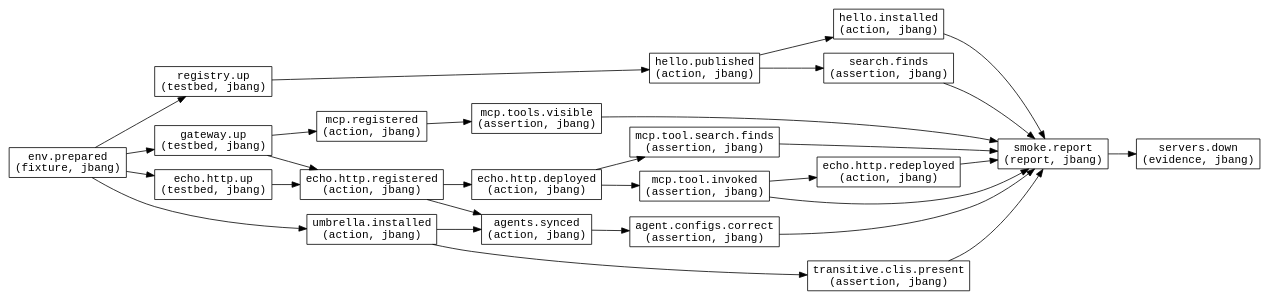
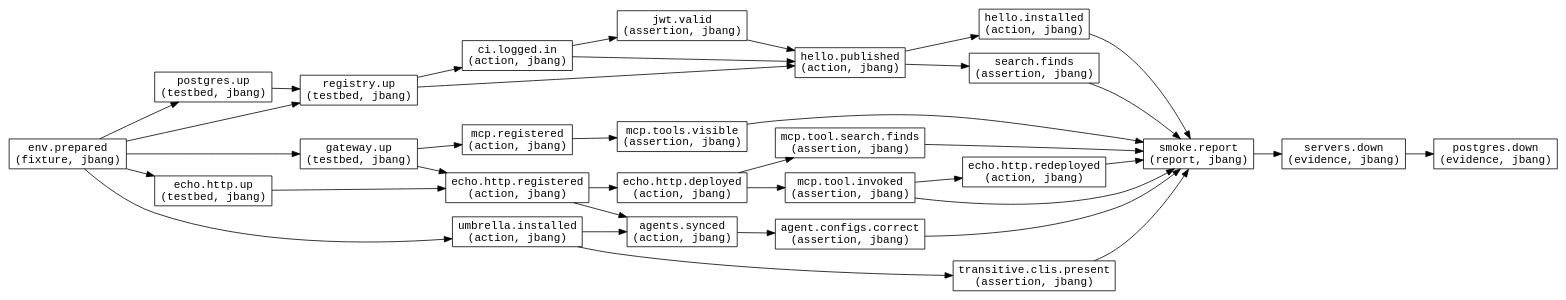
Before and after one commit to haydenrear/skill-manager: the diagram in test_graph/docs/smoke.dot, drawn with Graphviz. The commit also changed 94 other files, not shown here.

```diff
--- a/test_graph/docs/smoke.dot
+++ b/test_graph/docs/smoke.dot
@@ -1,52 +1,63 @@
 digraph "smoke" {
   rankdir=LR;
   node [shape=box,fontname="Courier"];
   "env.prepared" [label="env.prepared\n(fixture, jbang)"];
+  "postgres.up" [label="postgres.up\n(testbed, jbang)"];
   "registry.up" [label="registry.up\n(testbed, jbang)"];
+  "ci.logged.in" [label="ci.logged.in\n(action, jbang)"];
+  "jwt.valid" [label="jwt.valid\n(assertion, jbang)"];
   "gateway.up" [label="gateway.up\n(testbed, jbang)"];
   "echo.http.up" [label="echo.http.up\n(testbed, jbang)"];
   "hello.published" [label="hello.published\n(action, jbang)"];
   "hello.installed" [label="hello.installed\n(action, jbang)"];
   "search.finds" [label="search.finds\n(assertion, jbang)"];
   "umbrella.installed" [label="umbrella.installed\n(action, jbang)"];
   "transitive.clis.present" [label="transitive.clis.present\n(assertion, jbang)"];
   "mcp.registered" [label="mcp.registered\n(action, jbang)"];
   "mcp.tools.visible" [label="mcp.tools.visible\n(assertion, jbang)"];
   "echo.http.registered" [label="echo.http.registered\n(action, jbang)"];
   "echo.http.deployed" [label="echo.http.deployed\n(action, jbang)"];
   "mcp.tool.search.finds" [label="mcp.tool.search.finds\n(assertion, jbang)"];
   "mcp.tool.invoked" [label="mcp.tool.invoked\n(assertion, jbang)"];
   "echo.http.redeployed" [label="echo.http.redeployed\n(action, jbang)"];
   "agents.synced" [label="agents.synced\n(action, jbang)"];
   "agent.configs.correct" [label="agent.configs.correct\n(assertion, jbang)"];
   "smoke.report" [label="smoke.report\n(report, jbang)"];
   "servers.down" [label="servers.down\n(evidence, jbang)"];
+  "postgres.down" [label="postgres.down\n(evidence, jbang)"];
+  "env.prepared" -> "postgres.up";
   "env.prepared" -> "registry.up";
+  "postgres.up" -> "registry.up";
+  "registry.up" -> "ci.logged.in";
+  "ci.logged.in" -> "jwt.valid";
   "env.prepared" -> "gateway.up";
   "env.prepared" -> "echo.http.up";
   "registry.up" -> "hello.published";
+  "ci.logged.in" -> "hello.published";
+  "jwt.valid" -> "hello.published";
   "hello.published" -> "hello.installed";
   "hello.published" -> "search.finds";
   "env.prepared" -> "umbrella.installed";
   "umbrella.installed" -> "transitive.clis.present";
   "gateway.up" -> "mcp.registered";
   "mcp.registered" -> "mcp.tools.visible";
   "gateway.up" -> "echo.http.registered";
   "echo.http.up" -> "echo.http.registered";
   "echo.http.registered" -> "echo.http.deployed";
   "echo.http.deployed" -> "mcp.tool.search.finds";
   "echo.http.deployed" -> "mcp.tool.invoked";
   "mcp.tool.invoked" -> "echo.http.redeployed";
   "umbrella.installed" -> "agents.synced";
   "echo.http.registered" -> "agents.synced";
   "agents.synced" -> "agent.configs.correct";
   "transitive.clis.present" -> "smoke.report";
   "mcp.tool.search.finds" -> "smoke.report";
   "mcp.tool.invoked" -> "smoke.report";
   "echo.http.redeployed" -> "smoke.report";
   "agent.configs.correct" -> "smoke.report";
   "search.finds" -> "smoke.report";
   "mcp.tools.visible" -> "smoke.report";
   "hello.installed" -> "smoke.report";
   "smoke.report" -> "servers.down";
+  "servers.down" -> "postgres.down";
 }
```
